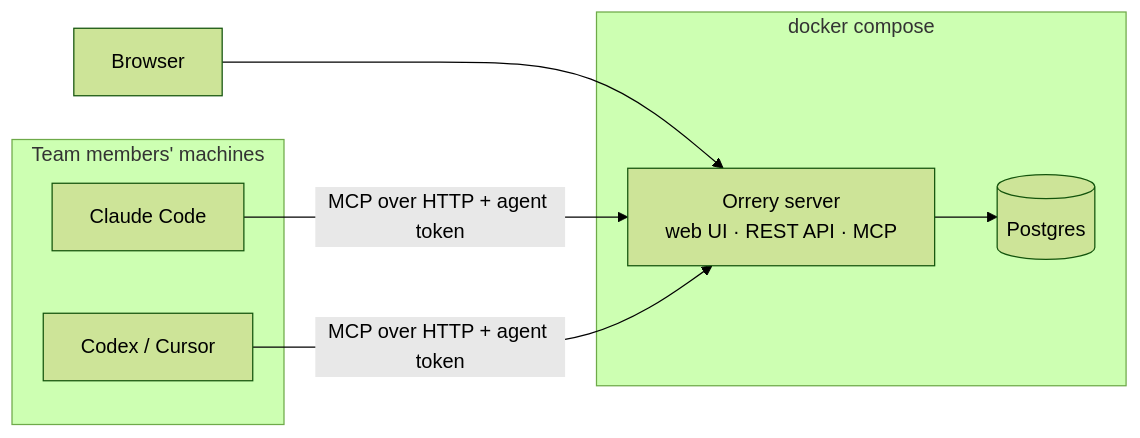
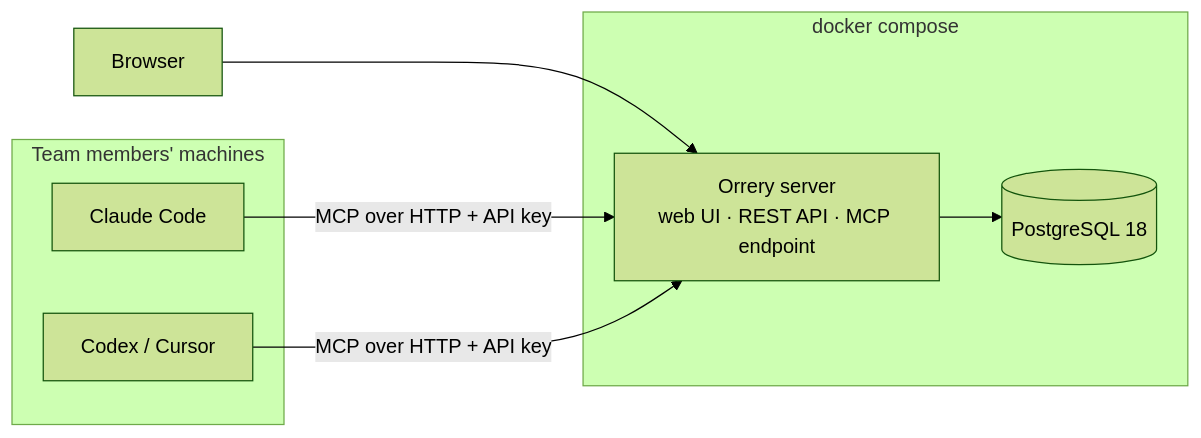
One commit to ForgeOrbit/orrery changed the first of 2 diagrams in README.md. Above: the diagram before and after it, drawn with Mermaid (forest theme). The commit also changed other lines of this file and 1 other file, not shown here.

````diff
--- a/README.md
+++ b/README.md
@@ -58,15 +109,15 @@
 ```mermaid
 flowchart LR
   subgraph Laptops[Team members' machines]
     A1[Claude Code]
     A2[Codex / Cursor]
   end
   B[Browser] --> S
-  A1 -->|MCP over HTTP + agent token| S
-  A2 -->|MCP over HTTP + agent token| S
+  A1 -->|MCP over HTTP + API key| S
+  A2 -->|MCP over HTTP + API key| S
   subgraph Docker[docker compose]
-    S[Orrery server<br>web UI · REST API · MCP]
-    P[(Postgres)]
+    S[Orrery server<br>web UI · REST API · MCP endpoint]
+    P[(PostgreSQL 18)]
     S --> P
   end
 ```
````
